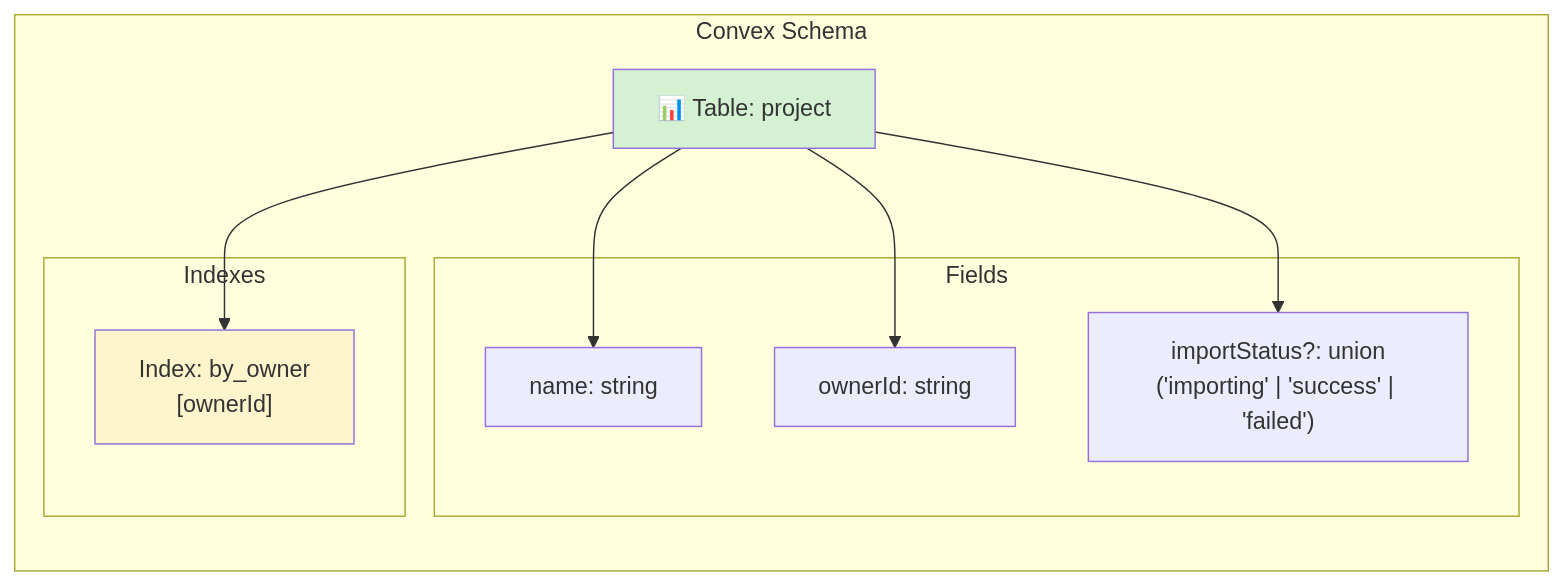
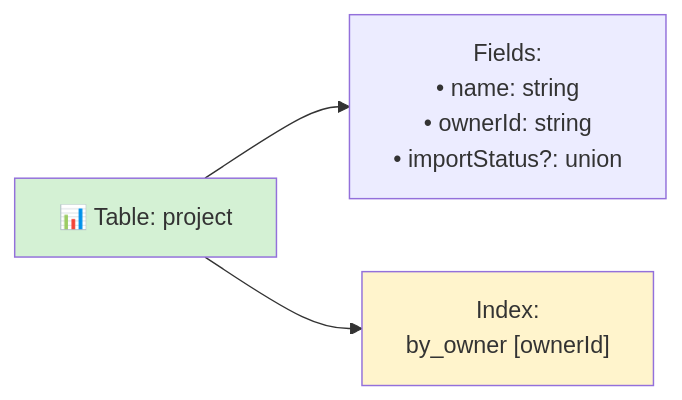
One commit to Code-with-Jok/v0-dev changed the fifth of 6 diagrams in docs/business-logic-mindmap.md. Above: the diagram before and after it, drawn with Mermaid. The commit also changed other lines of this file and 10 other files, not shown here.

````diff
--- a/docs/business-logic-mindmap.md
+++ b/docs/business-logic-mindmap.md
@@ -167,24 +150,14 @@
 ```mermaid
 graph LR
-    subgraph "Convex Schema"
-        ProjectTable["📊 Table: project"]
+    ProjectTable["📊 Table: project"]
 
-        subgraph "Fields"
-            Name["name: string"]
-            OwnerId["ownerId: string"]
-            ImportStatus["importStatus?: union<br/>('importing' | 'success' | 'failed')"]
-        end
+    Fields["Fields:<br/>• name: string<br/>• ownerId: string<br/>• importStatus?: union"]
 
-        subgraph "Indexes"
-            ByOwner["Index: by_owner<br/>[ownerId]"]
-        end
-    end
+    Index["Index:<br/>by_owner [ownerId]"]
 
-    ProjectTable --> Name
-    ProjectTable --> OwnerId
-    ProjectTable --> ImportStatus
-    ProjectTable --> ByOwner
+    ProjectTable --> Fields
+    ProjectTable --> Index
 
     style ProjectTable fill:#d4f1d4
-    style ByOwner fill:#fff4cc
+    style Index fill:#fff4cc
 ```
````
